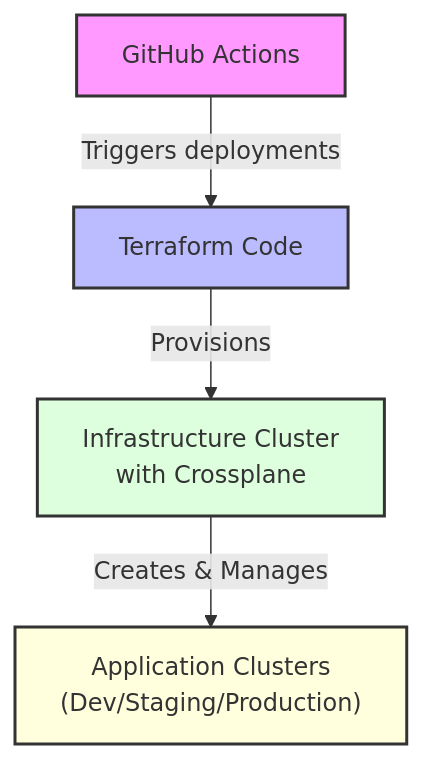
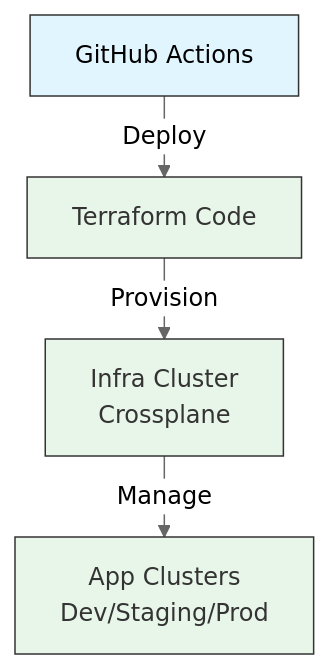
One commit to Mdaftab/infra-Platform-for-B2B changed the second of 2 diagrams in README.md. Above: the diagram before and after it, drawn with Mermaid. The commit also changed other lines of this file, not shown here.

Commit message:
Refactor README diagrams to enhance clarity and visual representation, updating architecture and deployment flow with improved Mermaid syntax and structure.

````diff
--- a/README.md
+++ b/README.md
@@ -63,11 +61,14 @@
 ```mermaid
+%%{init: {'theme': 'neutral', 'flowchart': { 'curve': 'basis', 'nodeSpacing': 30, 'rankSpacing': 30 }}}%%
 flowchart TD
-    A["GitHub Actions"] -->|"Triggers deployments"| B["Terraform Code"]
-    B -->|"Provisions"| C["Infrastructure Cluster<br/>with Crossplane"]
-    C -->|"Creates & Manages"| D["Application Clusters<br/>(Dev/Staging/Production)"]
+    A[GitHub Actions] -->|Deploy| B[Terraform Code]
+    B -->|Provision| C[Infra Cluster<br>Crossplane]
+    C -->|Manage| D[App Clusters<br>Dev/Staging/Prod]
     
-    style A fill:#f9f,stroke:#333,stroke-width:2px
-    style B fill:#bbf,stroke:#333,stroke-width:2px
-    style C fill:#dfd,stroke:#333,stroke-width:2px
-    style D fill:#ffd,stroke:#333,stroke-width:2px
+    classDef default fill:#f9f9f9,stroke:#333,stroke-width:1px;
+    classDef action fill:#e1f5fe,stroke:#333,stroke-width:1px;
+    classDef cluster fill:#e8f5e9,stroke:#333,stroke-width:1px;
+    
+    class A action;
+    class B,C,D cluster;
 ```
````
